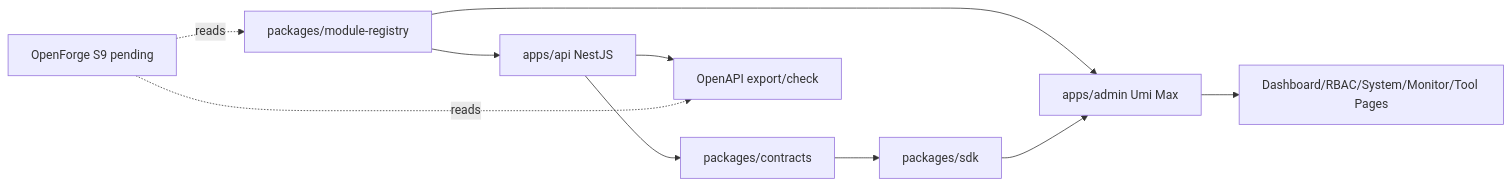
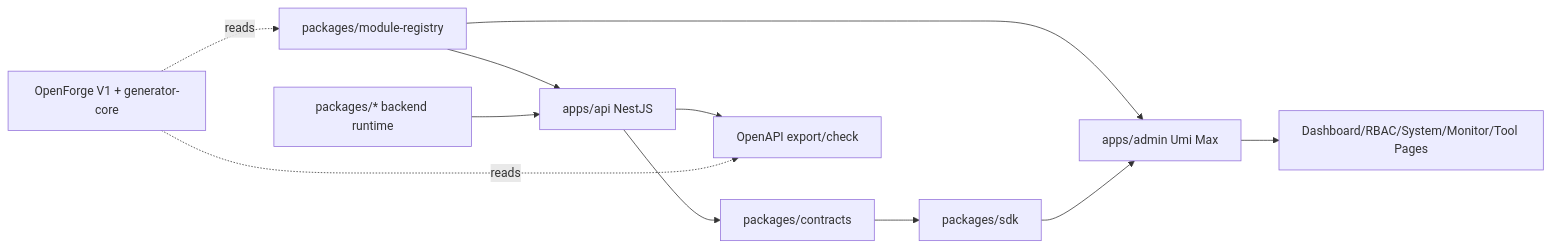
The diagram in docs/architecture/overview.md (Gan-Xing/OpenCore), drawn with Mermaid before and after one commit. The commit also changed other lines of this file and 23 other files, not shown here.

````diff
--- a/docs/architecture/overview.md
+++ b/docs/architecture/overview.md
@@ -24,12 +25,13 @@
 ```mermaid
 flowchart LR
   API[apps/api NestJS] --> CONTRACTS[packages/contracts]
   CONTRACTS --> SDK[packages/sdk]
   REG[packages/module-registry] --> API
   REG --> ADMIN[apps/admin Umi Max]
   SDK --> ADMIN
   API --> OPENAPI[OpenAPI export/check]
   ADMIN --> PAGES[Dashboard/RBAC/System/Monitor/Tool Pages]
-  FORGE[OpenForge S9 pending] -. reads .-> REG
+  RUNTIME[packages/* backend runtime] --> API
+  FORGE[OpenForge V1 + generator-core] -. reads .-> REG
   FORGE -. reads .-> OPENAPI
 ```
````
